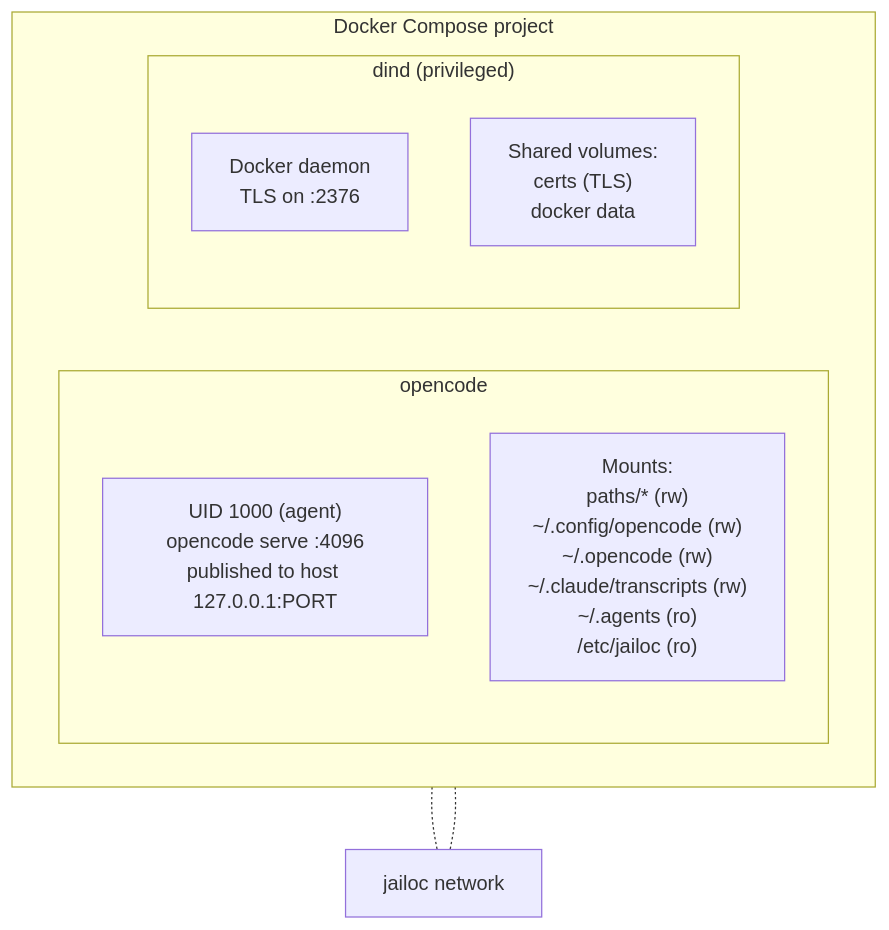
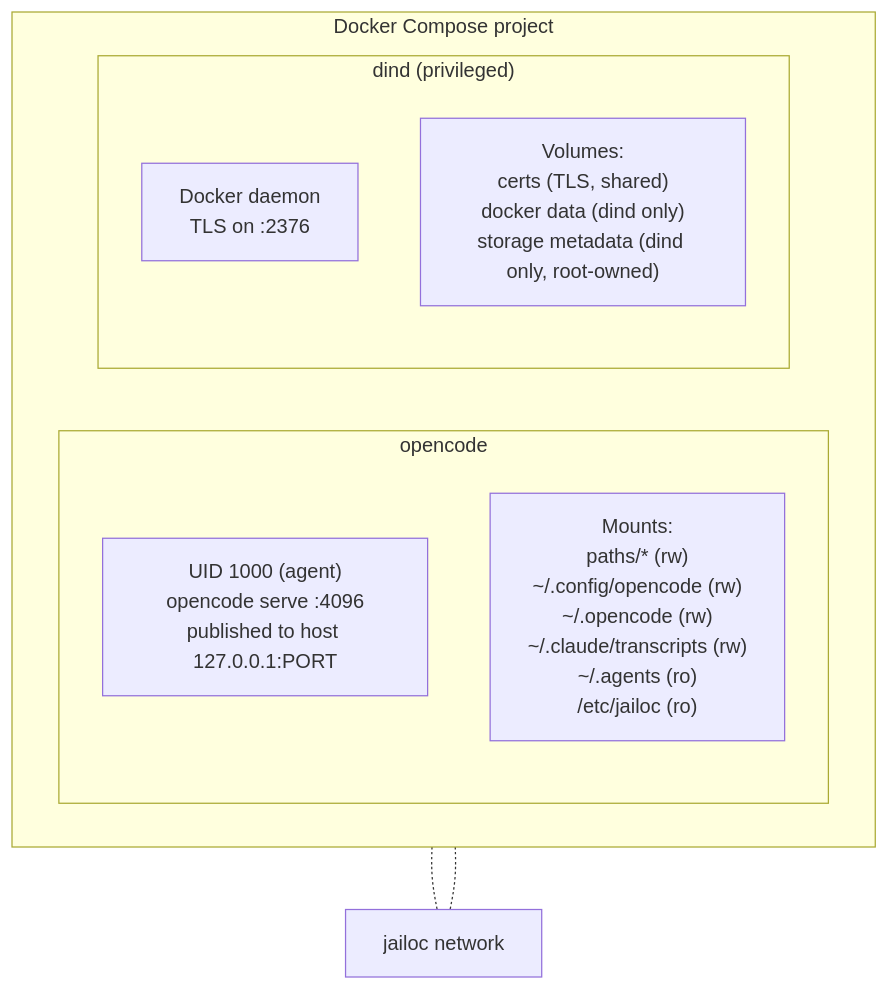
One commit to seznam/jailoc changed the diagram in docs/explanation/container-architecture.md. Above: the diagram before and after it, drawn with Mermaid. The commit also changed other lines of this file and 2 other files, not shown here.

Commit message:
docs(dind): document persistent storage selection

````diff
--- a/docs/explanation/container-architecture.md
+++ b/docs/explanation/container-architecture.md
@@ -9,19 +9,19 @@
 ```mermaid
 flowchart TB
   subgraph compose["Docker Compose project"]
     direction LR
     subgraph oc["opencode"]
       direction TB
       oc_uid["UID 1000 (agent)<br>opencode serve :4096<br>published to host 127.0.0.1:PORT"]
       oc_mounts["Mounts:<br>paths/* (rw)<br>~/.config/opencode (rw)<br>~/.opencode (rw)<br>~/.claude/transcripts (rw)<br>~/.agents (ro)<br>/etc/jailoc (ro)"]
     end
     subgraph dind["dind (privileged)"]
       direction TB
       dind_daemon["Docker daemon<br>TLS on :2376"]
-      dind_vols["Shared volumes:<br>certs (TLS)<br>docker data"]
+      dind_vols["Volumes:<br>certs (TLS, shared)<br>docker data (dind only)<br>storage metadata (dind only, root-owned)"]
     end
   end
 
   oc -.- net["jailoc network"]
     dind -.- net
 ```
````
